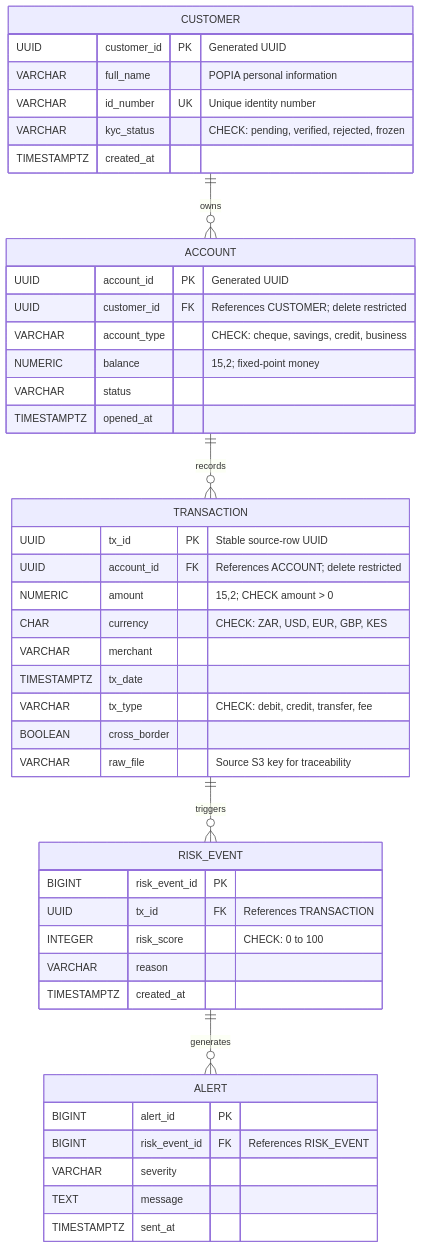
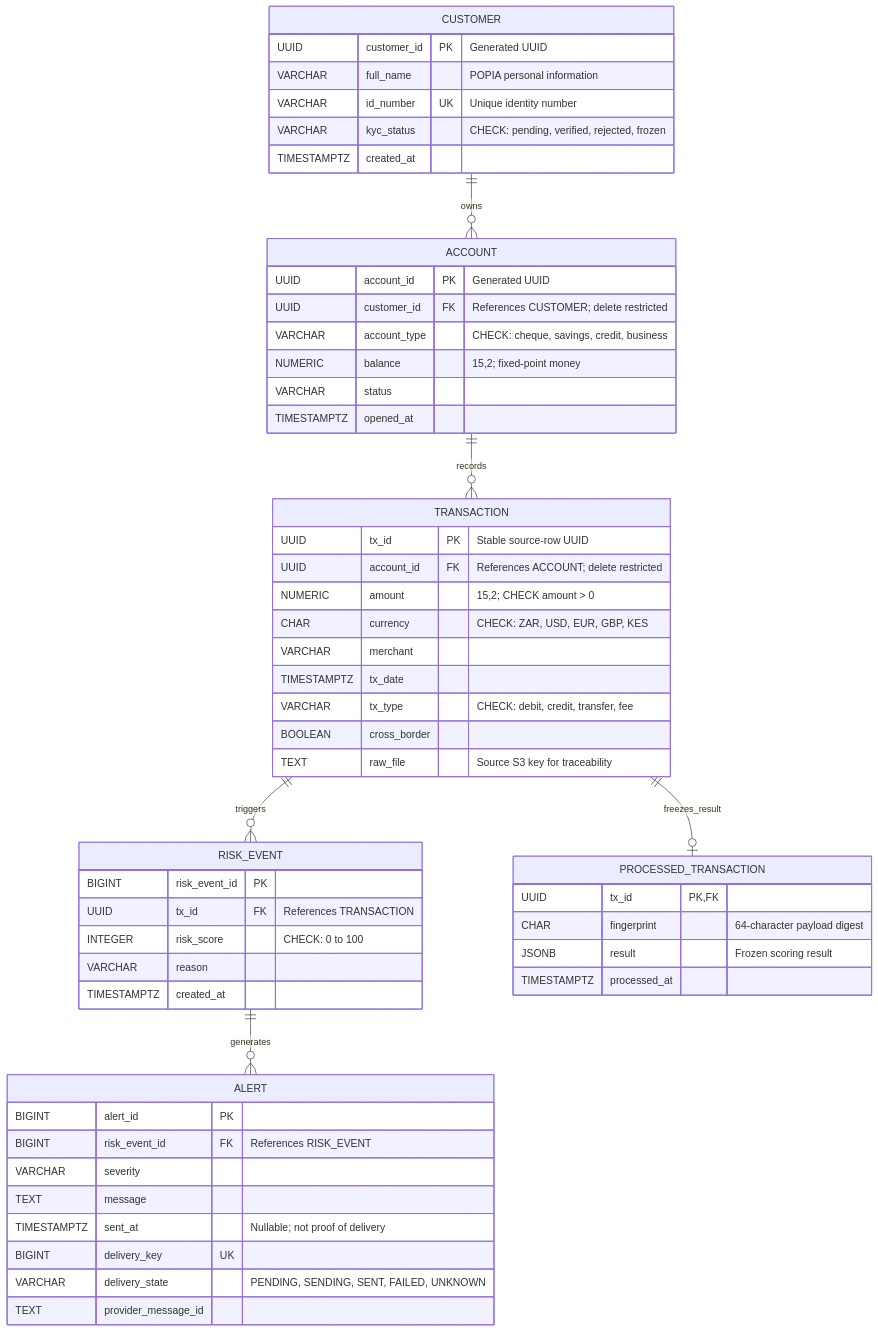
The diagram in docs/erd.md (Nompil/fintrust), drawn with Mermaid before and after one commit. The commit also changed other lines of this file and 3 other files, not shown here.

Commit message:
docs: reconcile architecture security and data contracts

````diff
--- a/docs/erd.md
+++ b/docs/erd.md
@@ -7,52 +7,62 @@
 ```mermaid
 erDiagram
     CUSTOMER ||--o{ ACCOUNT : owns
     ACCOUNT ||--o{ TRANSACTION : records
     TRANSACTION ||--o{ RISK_EVENT : triggers
+    TRANSACTION ||--o| PROCESSED_TRANSACTION : freezes_result
     RISK_EVENT ||--o{ ALERT : generates
 
     CUSTOMER {
         UUID customer_id PK "Generated UUID"
         VARCHAR full_name "POPIA personal information"
         VARCHAR id_number UK "Unique identity number"
         VARCHAR kyc_status "CHECK: pending, verified, rejected, frozen"
         TIMESTAMPTZ created_at
     }
 
     ACCOUNT {
         UUID account_id PK "Generated UUID"
         UUID customer_id FK "References CUSTOMER; delete restricted"
         VARCHAR account_type "CHECK: cheque, savings, credit, business"
         NUMERIC balance "15,2; fixed-point money"
         VARCHAR status
         TIMESTAMPTZ opened_at
     }
 
     TRANSACTION {
         UUID tx_id PK "Stable source-row UUID"
         UUID account_id FK "References ACCOUNT; delete restricted"
         NUMERIC amount "15,2; CHECK amount > 0"
         CHAR currency "CHECK: ZAR, USD, EUR, GBP, KES"
         VARCHAR merchant
         TIMESTAMPTZ tx_date
         VARCHAR tx_type "CHECK: debit, credit, transfer, fee"
         BOOLEAN cross_border
-        VARCHAR raw_file "Source S3 key for traceability"
+        TEXT raw_file "Source S3 key for traceability"
     }
 
     RISK_EVENT {
         BIGINT risk_event_id PK
         UUID tx_id FK "References TRANSACTION"
         INTEGER risk_score "CHECK: 0 to 100"
         VARCHAR reason
         TIMESTAMPTZ created_at
     }
 
     ALERT {
         BIGINT alert_id PK
         BIGINT risk_event_id FK "References RISK_EVENT"
         VARCHAR severity
         TEXT message
-        TIMESTAMPTZ sent_at
+        TIMESTAMPTZ sent_at "Nullable; not proof of delivery"
+        BIGINT delivery_key UK
+        VARCHAR delivery_state "PENDING, SENDING, SENT, FAILED, UNKNOWN"
+        TEXT provider_message_id
+    }
+    PROCESSED_TRANSACTION {
+        UUID tx_id PK,FK
+        CHAR fingerprint "64-character payload digest"
+        JSONB result "Frozen scoring result"
+        TIMESTAMPTZ processed_at
     }
 ```
````
